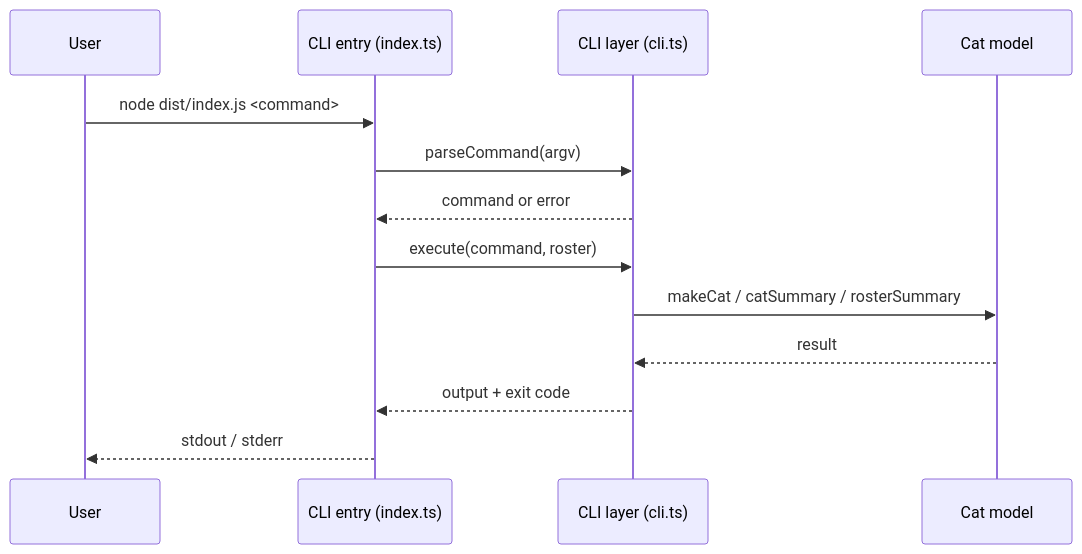
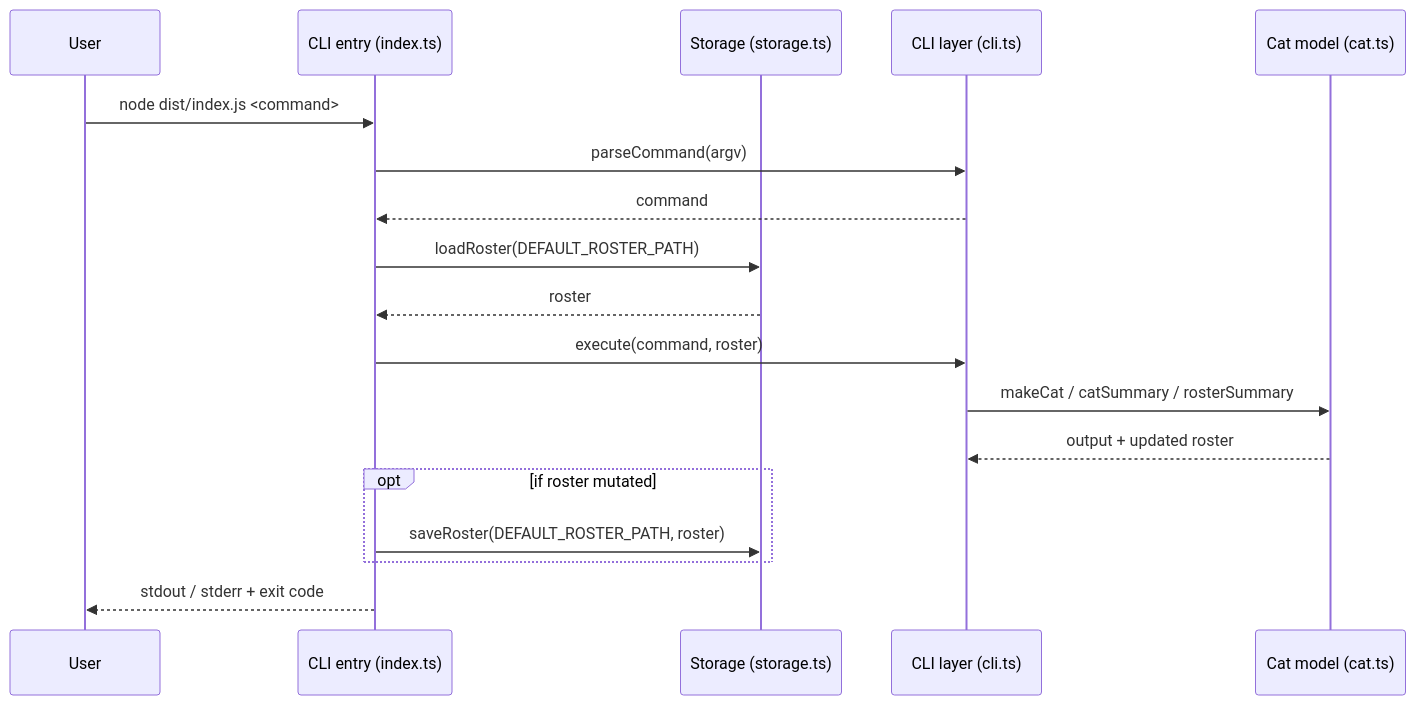
One commit to cwhiterite/cat-roster changed the third of 3 diagrams in docs/architecture.md. Above: the diagram before and after it, drawn with Mermaid. The commit also changed other lines of this file and 3 other files, not shown here.

````diff
--- a/docs/architecture.md
+++ b/docs/architecture.md
@@ -37,15 +73,20 @@
 ```mermaid
 sequenceDiagram
     participant U as User
     participant C as CLI entry (index.ts)
+    participant S as Storage (storage.ts)
     participant P as CLI layer (cli.ts)
-    participant M as Cat model
+    participant M as Cat model (cat.ts)
     U->>C: node dist/index.js <command>
     C->>P: parseCommand(argv)
-    P-->>C: command or error
+    P-->>C: command
+    C->>S: loadRoster(DEFAULT_ROSTER_PATH)
+    S-->>C: roster
     C->>P: execute(command, roster)
     P->>M: makeCat / catSummary / rosterSummary
-    M-->>P: result
-    P-->>C: output + exit code
-    C-->>U: stdout / stderr
+    M-->>P: output + updated roster
+    opt if roster mutated
+        C->>S: saveRoster(DEFAULT_ROSTER_PATH, roster)
+    end
+    C-->>U: stdout / stderr + exit code
 ```
````
